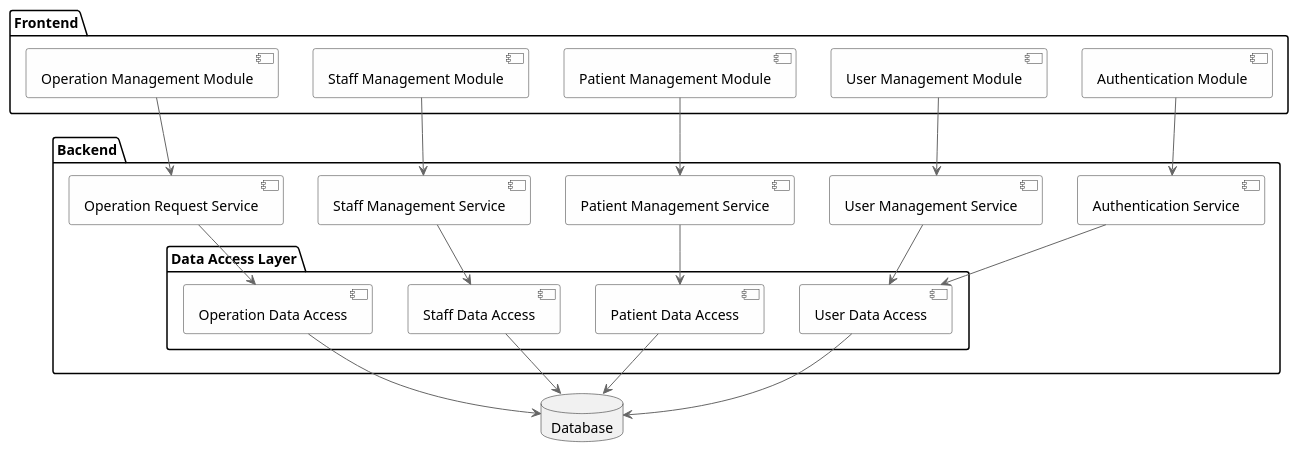
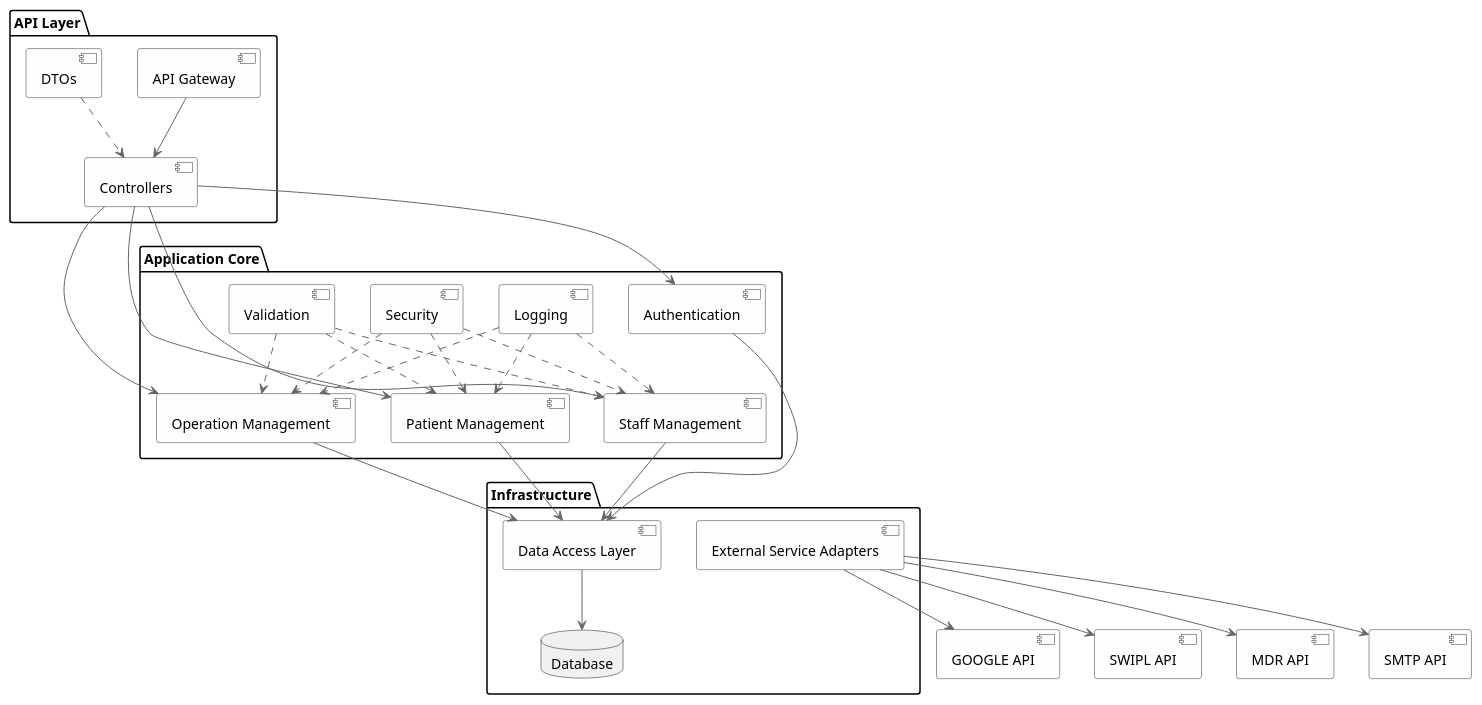
Before and after one commit to HugBar/3DC_G17: the diagram in docs/Sprint2/DomainModel/Nivel 3/Level3Logic.puml, drawn with PlantUML. The commit also changed 5 other files, not shown here.

```diff
--- a/docs/Sprint2/DomainModel/Nivel 3/Level3Logic.puml
+++ b/docs/Sprint2/DomainModel/Nivel 3/Level3Logic.puml
@@ -1,57 +1,74 @@
-@startuml "Hospital Management System - Logical View"
+@startuml "Hospital Management System - Level 3 Logical View"
 
 ' Style definitions
 skinparam componentStyle uml2
 skinparam component {
   BackgroundColor #FEFEFE
   BorderColor #333333
   ArrowColor #666666
 }
 
-' Logical Layers
-package "Frontend" {
-  component "Authentication Module" as frontAuth
-  component "User Management Module" as frontUserMgmt
-  component "Patient Management Module" as frontPatientMgmt
-  component "Staff Management Module" as frontStaffMgmt
-  component "Operation Management Module" as frontOperationMgmt
+' External Systems
+[MDR API] as MDR
+[SMTP API] as SMTP
+[GOOGLE API] as GOOGLE
+[SWIPL API] as SWIPL
+
+package "Application Core" {
+  ' Core Business Components
+  [Patient Management] as PatientMgmt
+  [Staff Management] as StaffMgmt
+  [Operation Management] as OpMgmt
+  [Authentication] as Auth
+  
+  ' Cross-cutting Components
+  [Logging] as Log
+  [Security] as Sec
+  [Validation] as Val
 }
 
-package "Backend" {
-  component "Authentication Service" as backAuth
-  component "User Management Service" as backUserMgmt
-  component "Patient Management Service" as backPatientMgmt
-  component "Staff Management Service" as backStaffMgmt
-  component "Operation Request Service" as backOperationMgmt
-  
-  package "Data Access Layer" {
-    component "User Data Access" as userData
-    component "Patient Data Access" as patientData
-    component "Staff Data Access" as staffData
-    component "Operation Data Access" as operationData
-  }
+package "Infrastructure" {
+  database "Database" as DB
+  [Data Access Layer] as DAL
+  [External Service Adapters] as ExtAdapters
 }
 
-database "Database" as db
+package "API Layer" {
+  [API Gateway] as Gateway
+  [Controllers] as Ctrl
+  [DTOs] as DTOs
+}
 
-' Frontend to Backend Relationships
-frontAuth --> backAuth
-frontUserMgmt --> backUserMgmt
-frontPatientMgmt --> backPatientMgmt
-frontStaffMgmt --> backStaffMgmt
-frontOperationMgmt --> backOperationMgmt
+' Core Dependencies
+PatientMgmt --> DAL
+StaffMgmt --> DAL
+OpMgmt --> DAL
+Auth --> DAL
 
-' Backend to Data Access Layer Relationships
-backAuth --> userData
-backUserMgmt --> userData
-backPatientMgmt --> patientData
-backStaffMgmt --> staffData
-backOperationMgmt --> operationData
+' Cross-cutting Concerns
+Log ..> PatientMgmt
+Log ..> StaffMgmt
+Log ..> OpMgmt
+Sec ..> PatientMgmt
+Sec ..> StaffMgmt
+Sec ..> OpMgmt
+Val ..> PatientMgmt
+Val ..> StaffMgmt
+Val ..> OpMgmt
 
-' Data Access Layer to Database
-userData --> db
-patientData --> db
-staffData --> db
-operationData --> db
+' Infrastructure Dependencies
+DAL --> DB
+ExtAdapters --> MDR
+ExtAdapters --> SMTP
+ExtAdapters --> GOOGLE
+ExtAdapters --> SWIPL
+
+' API Layer Dependencies
+Gateway --> Ctrl
+Ctrl --> PatientMgmt
+Ctrl --> StaffMgmt
+Ctrl --> OpMgmt
+Ctrl --> Auth
+DTOs ..> Ctrl
 
 @enduml
```
